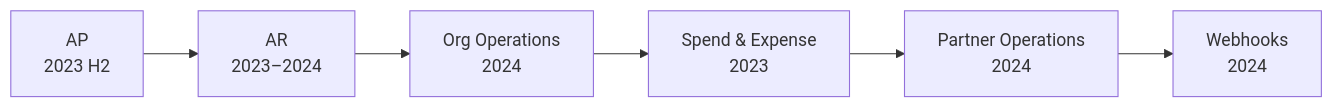
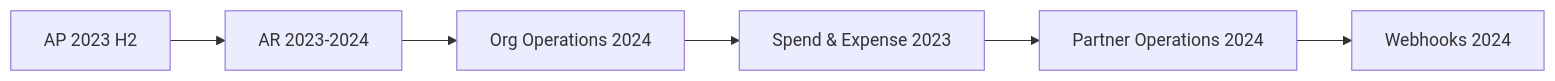
Before and after one commit to 127chetan/127chetan.github.io: the diagram in src/content/docs/case-studies/bill/dual-api-versions.md, drawn with Mermaid. The commit also changed 1 other file, not shown here.

Commit message:
Simplify Mermaid node labels to single lines

````diff
--- a/src/content/docs/case-studies/bill/dual-api-versions.md
+++ b/src/content/docs/case-studies/bill/dual-api-versions.md
@@ -10,8 +10,8 @@
 ```mermaid
 flowchart LR
-    A["AP<br/>2023 H2"] --> B["AR<br/>2023–2024"]
-    B --> C["Org Operations<br/>2024"]
-    C --> D["Spend & Expense<br/>2023"]
-    D --> E["Partner Operations<br/>2024"]
-    E --> F["Webhooks<br/>2024"]
+    A[AP 2023 H2] --> B[AR 2023-2024]
+    B --> C[Org Operations 2024]
+    C --> D[Spend & Expense 2023]
+    D --> E[Partner Operations 2024]
+    E --> F[Webhooks 2024]
 ```
````
